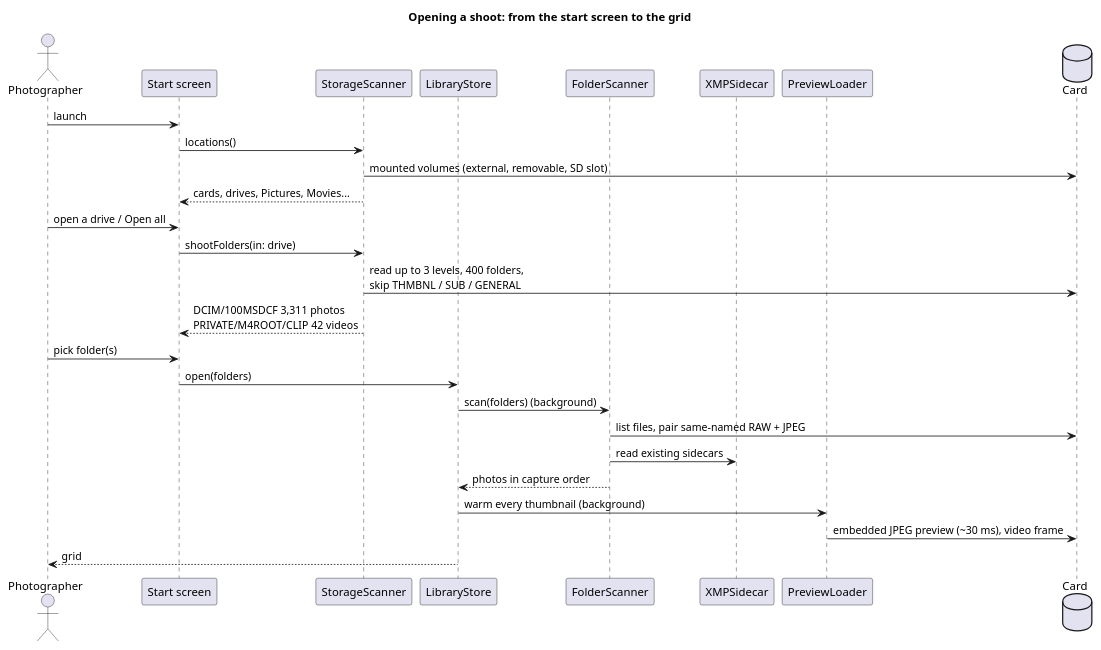
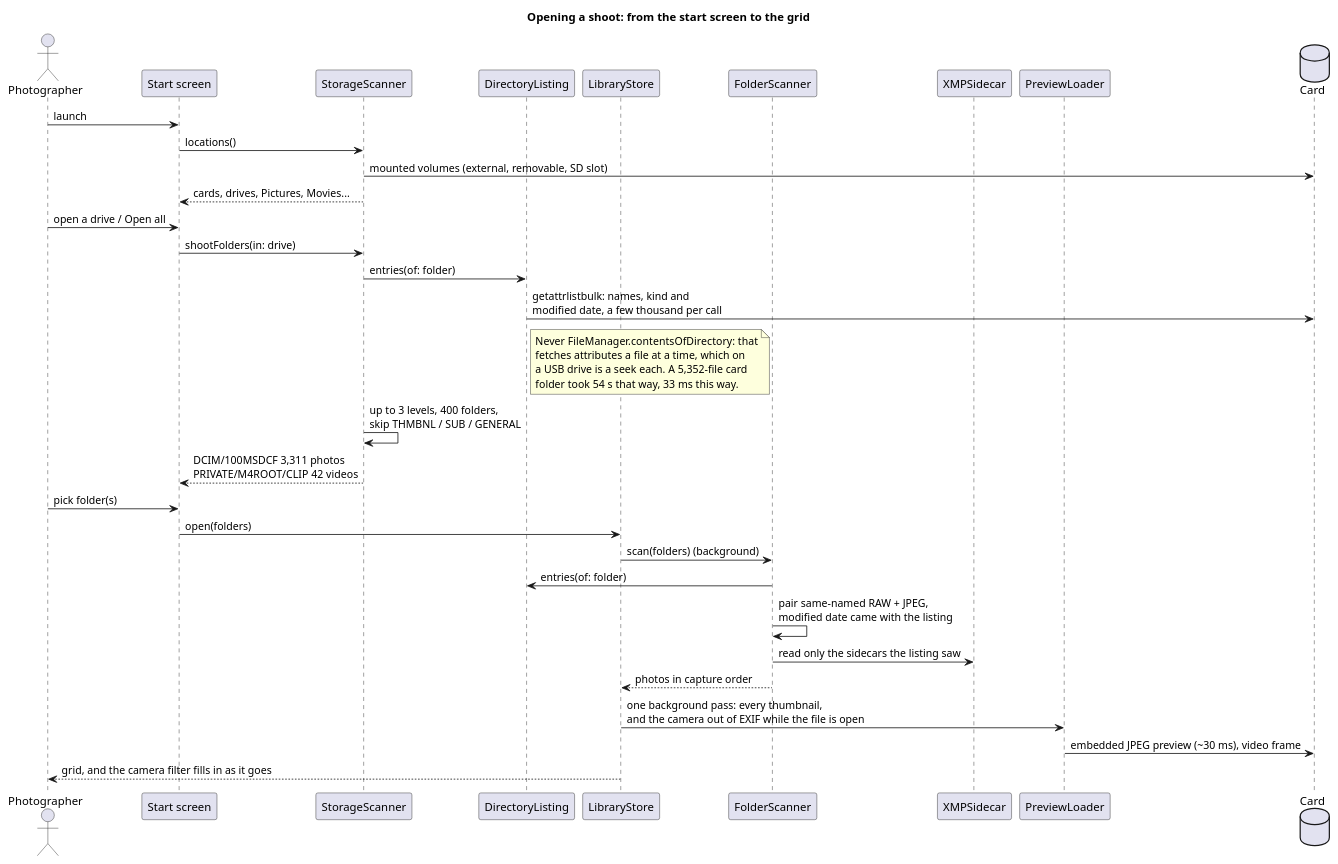
Before and after one commit to elcozy/culldash: the second of 7 diagrams in docs/APPFLOW.md, drawn with PlantUML. The commit also changed other lines of this file and 23 other files, not shown here.

First line of the commit message:
Add zoom and pan diagram, update build scripts for testing framework

````diff
--- a/docs/APPFLOW.md
+++ b/docs/APPFLOW.md
@@ -98,31 +108,41 @@
 ```plantuml
 @startuml open-shoot
 title Opening a shoot: from the start screen to the grid
 actor Photographer as P
 participant "Start screen" as Start
 participant StorageScanner as SS
+participant DirectoryListing as DL
 participant LibraryStore as Store
 participant FolderScanner as FS
 participant XMPSidecar as XMP
 participant PreviewLoader as PL
 database "Card" as Card
 
 P -> Start: launch
 Start -> SS: locations()
 SS -> Card: mounted volumes (external, removable, SD slot)
 Start <-- SS: cards, drives, Pictures, Movies...
 P -> Start: open a drive / Open all
 Start -> SS: shootFolders(in: drive)
-SS -> Card: read up to 3 levels, 400 folders,\nskip THMBNL / SUB / GENERAL
+SS -> DL: entries(of: folder)
+DL -> Card: getattrlistbulk: names, kind and\nmodified date, a few thousand per call
+note right of DL
+  Never FileManager.contentsOfDirectory: that
+  fetches attributes a file at a time, which on
+  a USB drive is a seek each. A 5,352-file card
+  folder took 54 s that way, 33 ms this way.
+end note
+SS -> SS: up to 3 levels, 400 folders,\nskip THMBNL / SUB / GENERAL
 Start <-- SS: DCIM/100MSDCF 3,311 photos\nPRIVATE/M4ROOT/CLIP 42 videos
 P -> Start: pick folder(s)
 Start -> Store: open(folders)
 Store -> FS: scan(folders) (background)
-FS -> Card: list files, pair same-named RAW + JPEG
-FS -> XMP: read existing sidecars
+FS -> DL: entries(of: folder)
+FS -> FS: pair same-named RAW + JPEG,\nmodified date came with the listing
+FS -> XMP: read only the sidecars the listing saw
 Store <-- FS: photos in capture order
-Store -> PL: warm every thumbnail (background)
+Store -> PL: one background pass: every thumbnail,\nand the camera out of EXIF while the file is open
 PL -> Card: embedded JPEG preview (~30 ms), video frame
-Store --> P: grid
+Store --> P: grid, and the camera filter fills in as it goes
 @enduml
 ```
````
